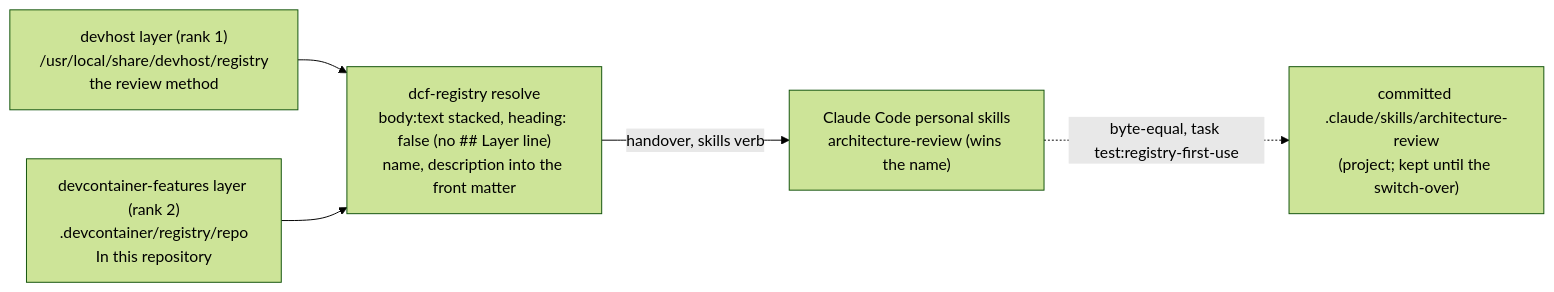
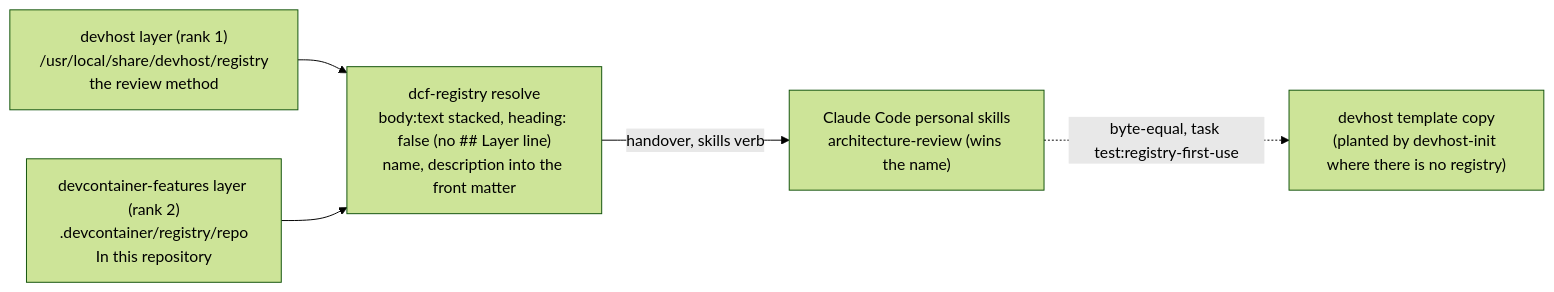
The ninth of 10 diagrams in docs/architecture/workflows.md (nabil-becker/devcontainer-features), drawn with Mermaid (forest theme) before and after one commit. The commit also changed 10 other files, not shown here.

First line of the commit message:
feat(devhost): architecture-review comes from the registry, no committed copy (architecture-skill-switch-over)

````diff
--- a/docs/architecture/workflows.md
+++ b/docs/architecture/workflows.md
@@ -217,12 +217,12 @@
 ```mermaid
 flowchart LR
   devhost["devhost layer (rank 1)<br/>/usr/local/share/devhost/registry<br/>the review method"]
   repo["devcontainer-features layer (rank 2)<br/>.devcontainer/registry/repo<br/>In this repository"]
   component-registry["dcf-registry resolve<br/>body:text stacked, heading: false (no ## Layer line)<br/>name, description into the front matter"]
   personal["Claude Code personal skills<br/>architecture-review (wins the name)"]
-  project["committed .claude/skills/architecture-review<br/>(project; kept until the switch-over)"]
+  project["devhost template copy<br/>(planted by devhost-init where there is no registry)"]
   devhost --> component-registry
   repo --> component-registry
   component-registry -->|handover, skills verb| personal
   personal -.->|byte-equal, task test:registry-first-use| project
 ```
````
